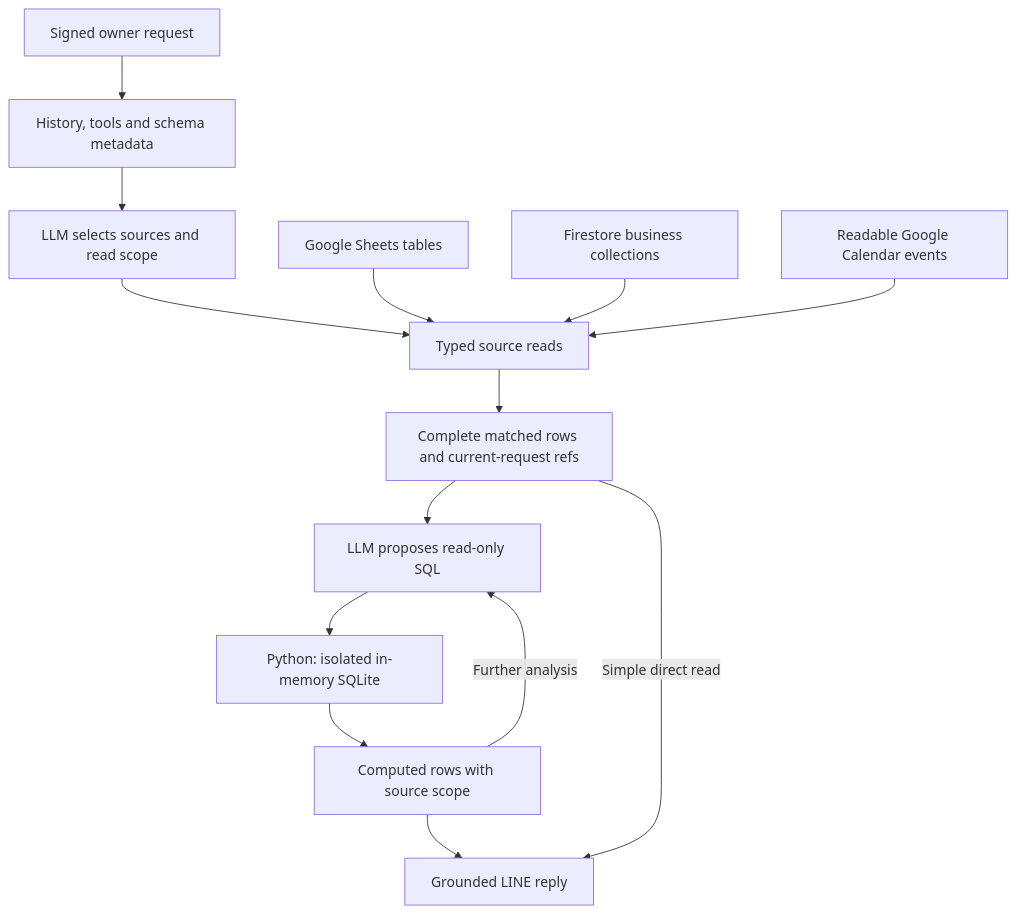
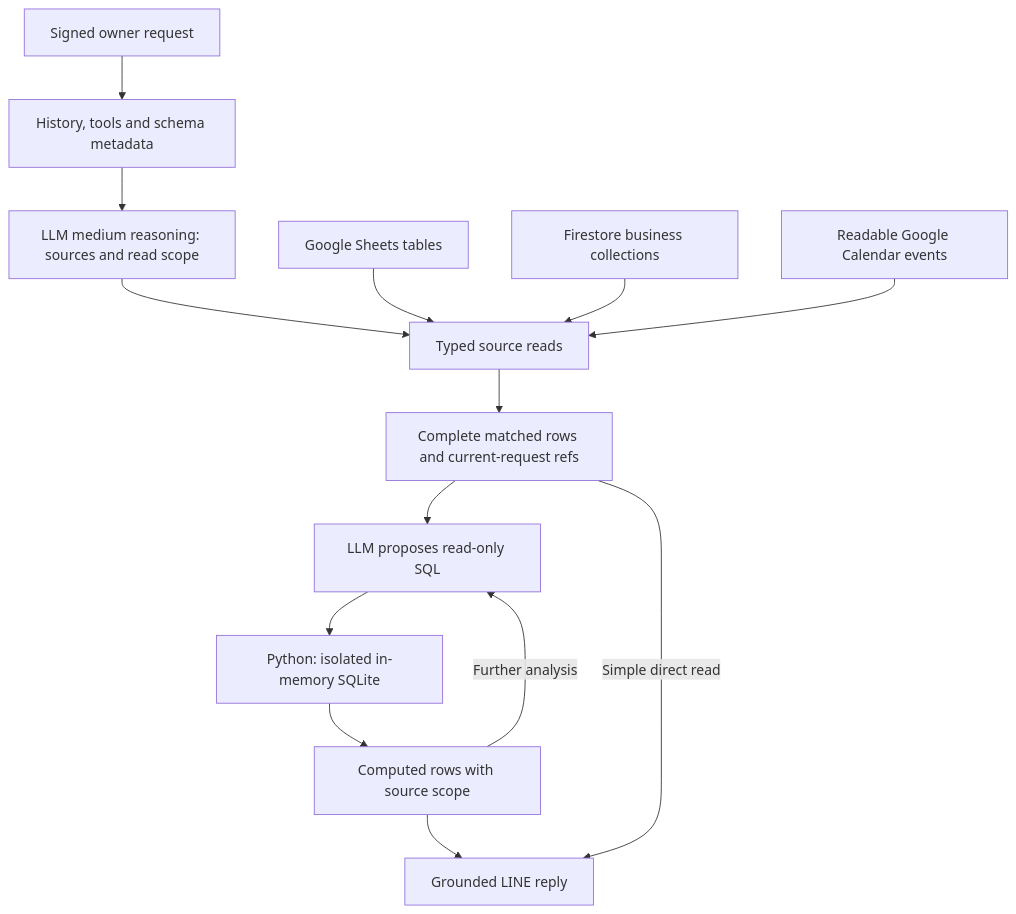
The first of 2 diagrams in docs/architecture.md (thanaphatt1/line-personal-assistant), drawn with Mermaid before and after one commit. The commit also changed other lines of this file and 54 other files, not shown here.

````diff
--- a/docs/architecture.md
+++ b/docs/architecture.md
@@ -18,16 +18,16 @@
 ```mermaid
 flowchart TD
     LINE[Signed owner request] --> Context[History, tools and schema metadata]
-    Context --> Plan[LLM selects sources and read scope]
+    Context --> Plan[LLM medium reasoning: sources and read scope]
     Plan --> Read[Typed source reads]
     Sheets[Google Sheets tables] --> Read
     Firestore[Firestore business collections] --> Read
     Calendar[Readable Google Calendar events] --> Read
     Read --> Snapshot[Complete matched rows and current-request refs]
     Snapshot --> SQL[LLM proposes read-only SQL]
     SQL --> Execute[Python: isolated in-memory SQLite]
     Execute --> Result[Computed rows with source scope]
     Result --> Reply[Grounded LINE reply]
     Result -->|Further analysis| SQL
     Snapshot -->|Simple direct read| Reply
 ```
````
